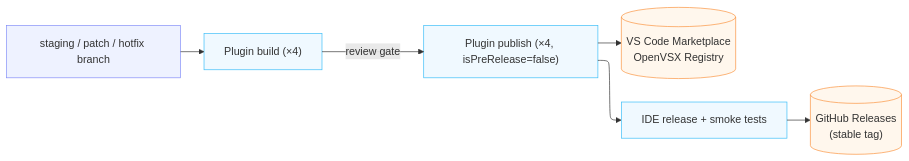
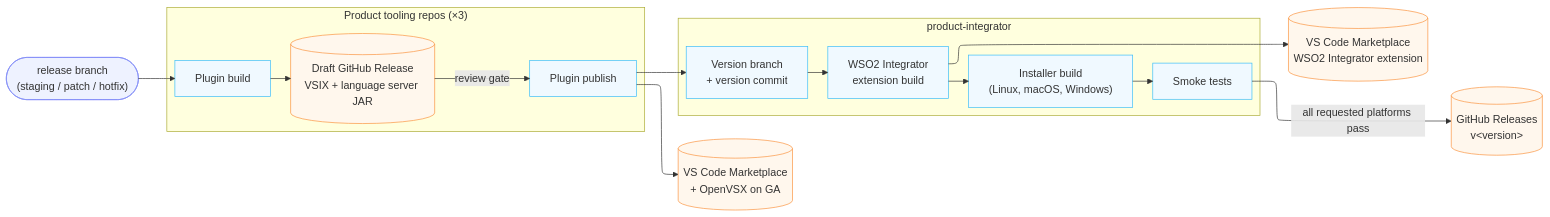
Before and after one commit to wso2/product-integrator: the fifth of 5 diagrams in docs/cicd-pipelines.md, drawn with Mermaid. The commit also changed other lines of this file and 4 other files, not shown here.

````diff
--- a/docs/cicd-pipelines.md
+++ b/docs/cicd-pipelines.md
@@ -148,11 +119,31 @@
 ```mermaid
 %%{init: {"layout": "elk"}}%%
 graph LR
-    M["staging / patch / hotfix branch"]:::trigger --> PB["Plugin build (×4)"]:::stage
-    PB -->|review gate| PP["Plugin publish (×4, isPreRelease=false)"]:::stage
-    PP --> MK[("VS Code Marketplace<br>OpenVSX Registry")]:::artifact
-    PP --> BA["IDE release + smoke tests"]:::stage --> GR[("GitHub Releases<br>(stable tag)")]:::artifact
+    SRC(["release branch<br>(staging / patch / hotfix)"]):::trigger --> PB
+
+    subgraph TOOL["Product tooling repos (×3)"]
+        PB["Plugin build"]:::stage
+        DR[("Draft GitHub Release<br>VSIX + language server JAR")]:::artifact
+        PP["Plugin publish"]:::stage
+        PB --> DR
+        DR -->|review gate| PP
+    end
+
+    subgraph DIST["product-integrator"]
+        RB["Version branch<br>+ version commit"]:::stage
+        WI["WSO2 Integrator<br>extension build"]:::stage
+        INST["Installer build<br>(Linux, macOS, Windows)"]:::stage
+        SM["Smoke tests"]:::stage
+        RB --> WI
+        WI --> INST
+        INST --> SM
+    end
+
+    PP --> MK[("VS Code Marketplace<br>+ OpenVSX on GA")]:::artifact
+    PP --> RB
+    WI --> MKW[("VS Code Marketplace<br>WSO2 Integrator extension")]:::artifact
+    SM -->|all requested platforms pass| GR[("GitHub Releases<br>v&lt;version&gt;")]:::artifact
     classDef trigger stroke:#818cf8,fill:#eef2ff
     classDef stage stroke:#38bdf8,fill:#f0f9ff
     classDef artifact stroke:#fb923c,fill:#fff7ed
 ```
````
